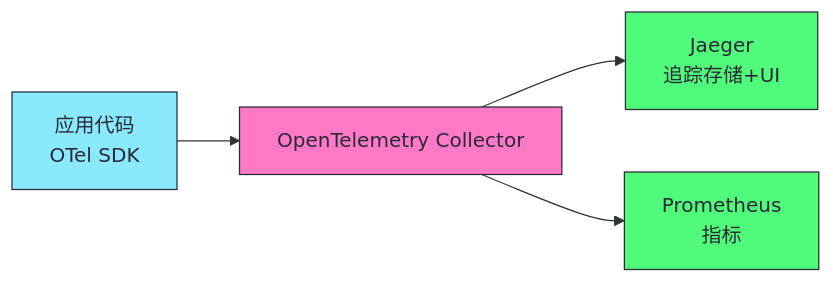
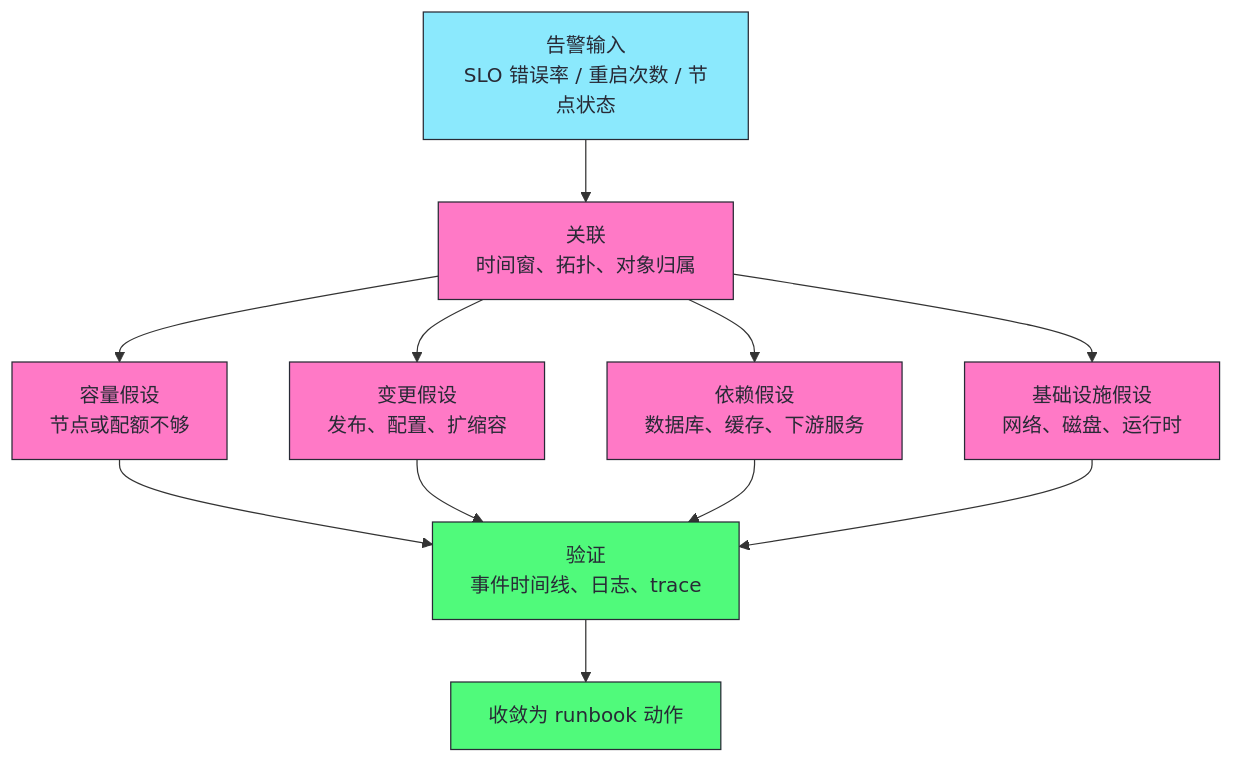
One commit to hpliStartAgain/my-brain changed the fourth of 5 diagrams in content/云原生/Kubernetes/Kubernetes架构深度剖析/17 集群可观测性与故障排查：监控、日志、追踪与诊断.md. Above: the diagram before and after it, drawn with Mermaid. The commit also changed other lines of this file and 259 other files, not shown here.

````diff
--- a/content/云原生/Kubernetes/Kubernetes架构深度剖析/17 集群可观测性与故障排查：监控、日志、追踪与诊断.md
+++ b/content/云原生/Kubernetes/Kubernetes架构深度剖析/17 集群可观测性与故障排查：监控、日志、追踪与诊断.md
@@ -260,16 +374,21 @@
 ```mermaid
 %%{init: {'theme': 'dracula'}}%%
-graph LR
-    App["应用代码<br/>OTel SDK"] --> OTel["OpenTelemetry Collector"]
-    OTel --> Jaeger["Jaeger<br/>追踪存储+UI"]
-    OTel --> Prom["Prometheus<br/>指标"]
+graph TD
+    A["告警输入<br/>SLO 错误率 / 重启次数 / 节点状态"] --> C["关联<br/>时间窗、拓扑、对象归属"]
+    C --> H1["容量假设<br/>节点或配额不够"]
+    C --> H2["变更假设<br/>发布、配置、扩缩容"]
+    C --> H3["依赖假设<br/>数据库、缓存、下游服务"]
+    C --> H4["基础设施假设<br/>网络、磁盘、运行时"]
+    H1 --> V["验证<br/>事件时间线、日志、trace"]
+    H2 --> V
+    H3 --> V
+    H4 --> V
+    V --> R["收敛为 runbook 动作"]
 
-    classDef app fill:#8be9fd,stroke:#282a36,color:#282a36
-    classDef otel fill:#ff79c6,stroke:#282a36,color:#282a36
-    classDef jaeger fill:#50fa7b,stroke:#282a36,color:#282a36
-    classDef prom fill:#50fa7b,stroke:#282a36,color:#282a36
-    class App app
-    class OTel otel
-    class Jaeger jaeger
-    class Prom prom
+    classDef inp fill:#8be9fd,stroke:#282a36,color:#282a36
+    classDef mid fill:#ff79c6,stroke:#282a36,color:#282a36
+    classDef out fill:#50fa7b,stroke:#282a36,color:#282a36
+    class A inp
+    class C,H1,H2,H3,H4 mid
+    class V,R out
 ```
````
